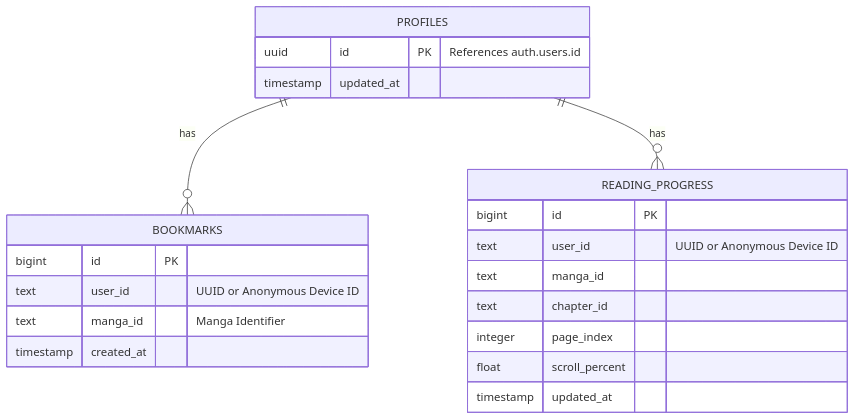
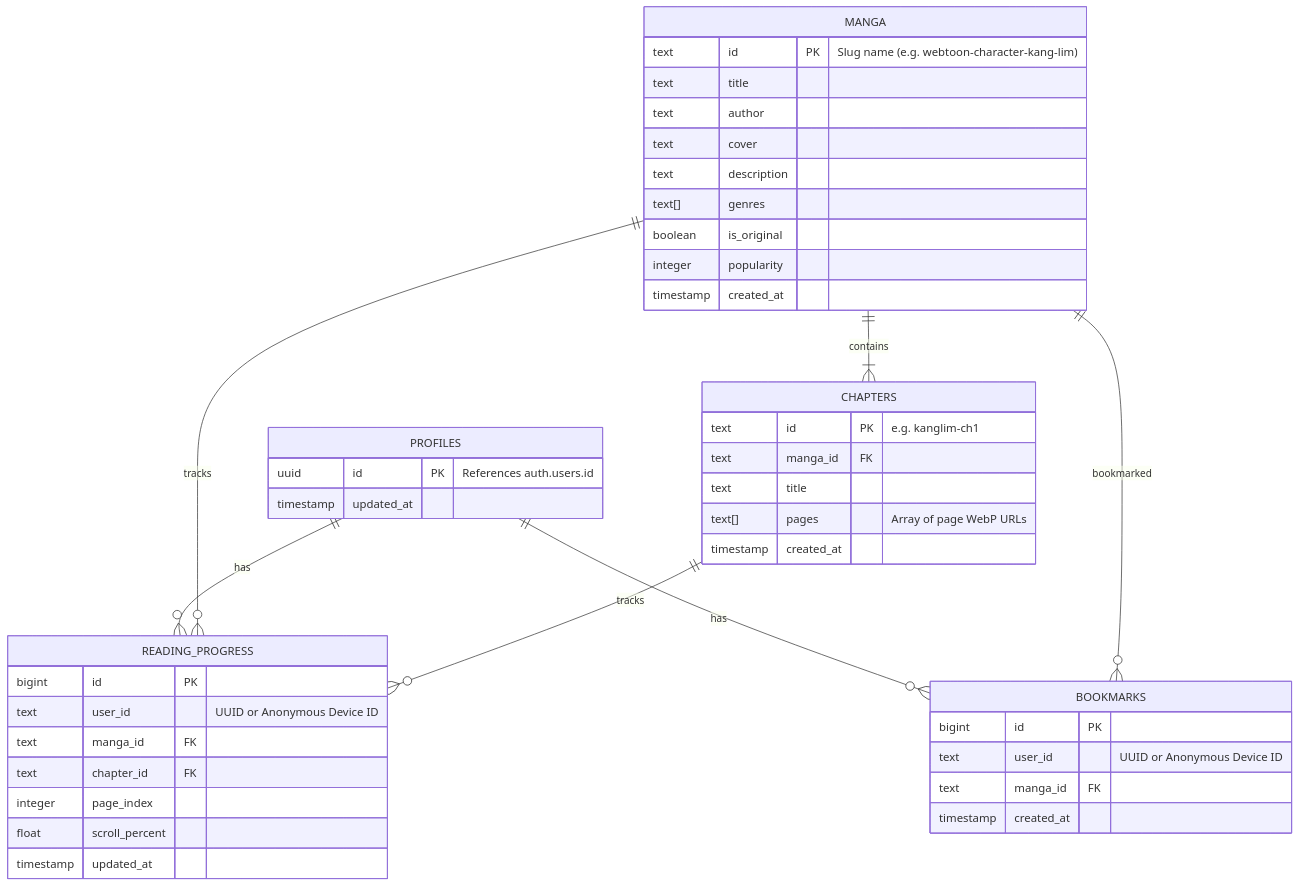
The diagram in Plan/database_plan.md (PhuriphatTyPeZ3r0/Mangify), drawn with Mermaid before and after one commit. The commit also changed other lines of this file and 48 other files, not shown here.

````diff
--- a/Plan/database_plan.md
+++ b/Plan/database_plan.md
@@ -9,27 +9,51 @@
 ```mermaid
 erDiagram
+    MANGA ||--|{ CHAPTERS : "contains"
     PROFILES ||--o{ BOOKMARKS : "has"
     PROFILES ||--o{ READING_PROGRESS : "has"
+    MANGA ||--o{ BOOKMARKS : "bookmarked"
+    MANGA ||--o{ READING_PROGRESS : "tracks"
+    CHAPTERS ||--o{ READING_PROGRESS : "tracks"
     
+    MANGA {
+        text id PK "Slug name (e.g. webtoon-character-kang-lim)"
+        text title
+        text author
+        text cover
+        text description
+        text[] genres
+        boolean is_original
+        integer popularity
+        timestamp created_at
+    }
+
+    CHAPTERS {
+        text id PK "e.g. kanglim-ch1"
+        text manga_id FK
+        text title
+        text[] pages "Array of page WebP URLs"
+        timestamp created_at
+    }
+
     PROFILES {
         uuid id PK "References auth.users.id"
         timestamp updated_at
     }
     
     BOOKMARKS {
         bigint id PK
         text user_id "UUID or Anonymous Device ID"
-        text manga_id "Manga Identifier"
+        text manga_id FK
         timestamp created_at
     }
     
     READING_PROGRESS {
         bigint id PK
         text user_id "UUID or Anonymous Device ID"
-        text manga_id
-        text chapter_id
+        text manga_id FK
+        text chapter_id FK
         integer page_index
         float scroll_percent
         timestamp updated_at
     }
 ```
````
